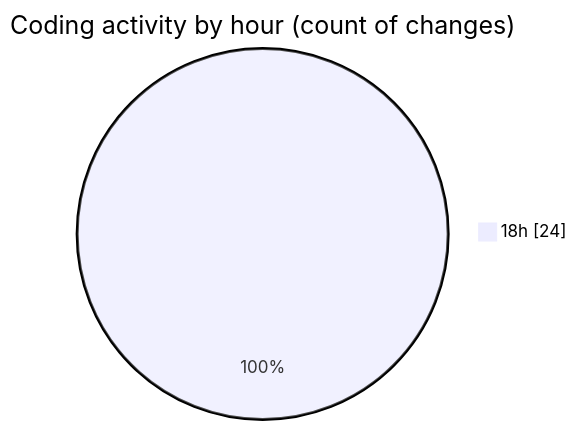
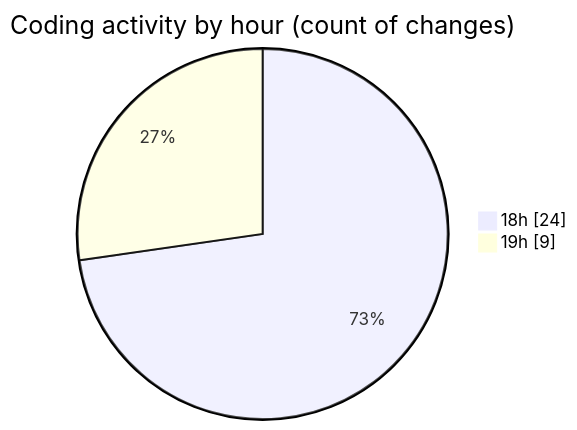
Before and after one commit to Netris89/code-tracking: the second of 2 diagrams in 2025-04-21/echo/README.md, drawn with Mermaid. The commit also changed other lines of this file and 1 other file, not shown here.

````diff
--- a/2025-04-21/echo/README.md
+++ b/2025-04-21/echo/README.md
@@ -34,5 +34,6 @@
 ```mermaid
 pie showData
 title Coding activity by hour (count of changes)
 "18h" : 24
+"19h" : 9
 ```
````
